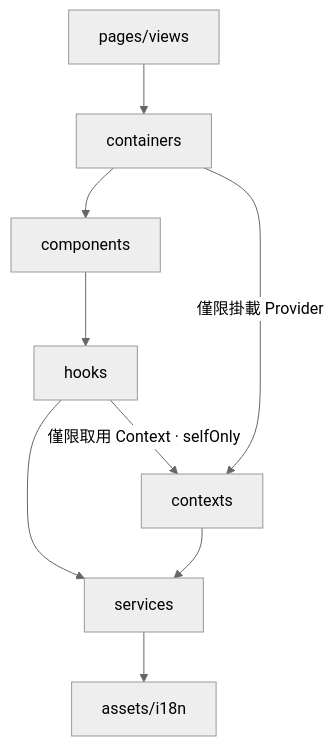
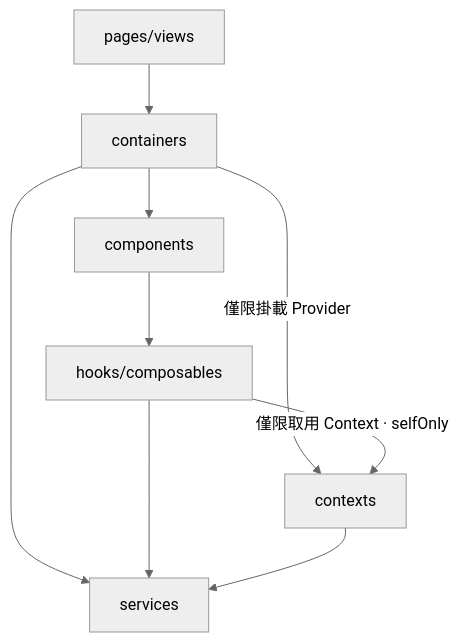
One commit to taco3064/blueprint changed the diagram in docs/zh-TW/philosophy/layers.md. Above: the diagram before and after it, drawn with Mermaid (neutral theme). The commit also changed other lines of this file and 1 other file, not shown here.

First line of the commit message:
docs: fix the layer-flow diagram to match the actual preset

````diff
--- a/docs/zh-TW/philosophy/layers.md
+++ b/docs/zh-TW/philosophy/layers.md
@@ -16,11 +16,11 @@
 ```mermaid
 flowchart TD
   pages["pages/views"] --> containers
   containers --> components
-  components --> hooks
-  hooks --> services
-  services --> assets["assets/i18n"]
+  components --> hooks["hooks/composables"]
   containers -->|僅限掛載 Provider| contexts
   hooks -->|僅限取用 Context · selfOnly| contexts
+  containers --> services
+  hooks --> services
   contexts --> services
 ```
````
